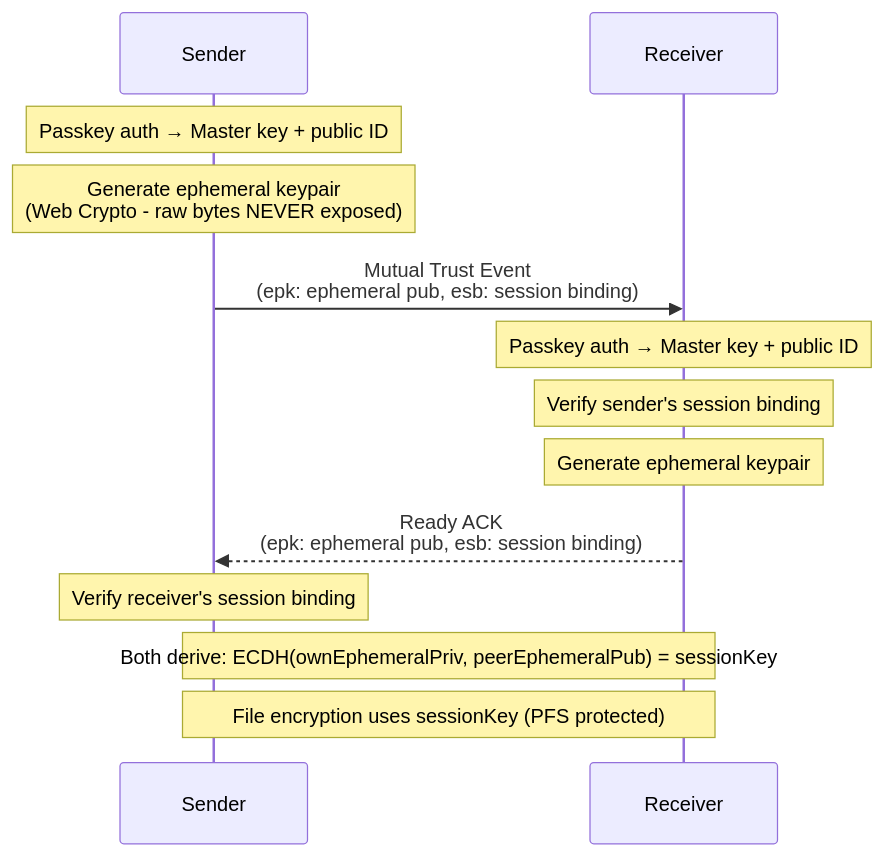
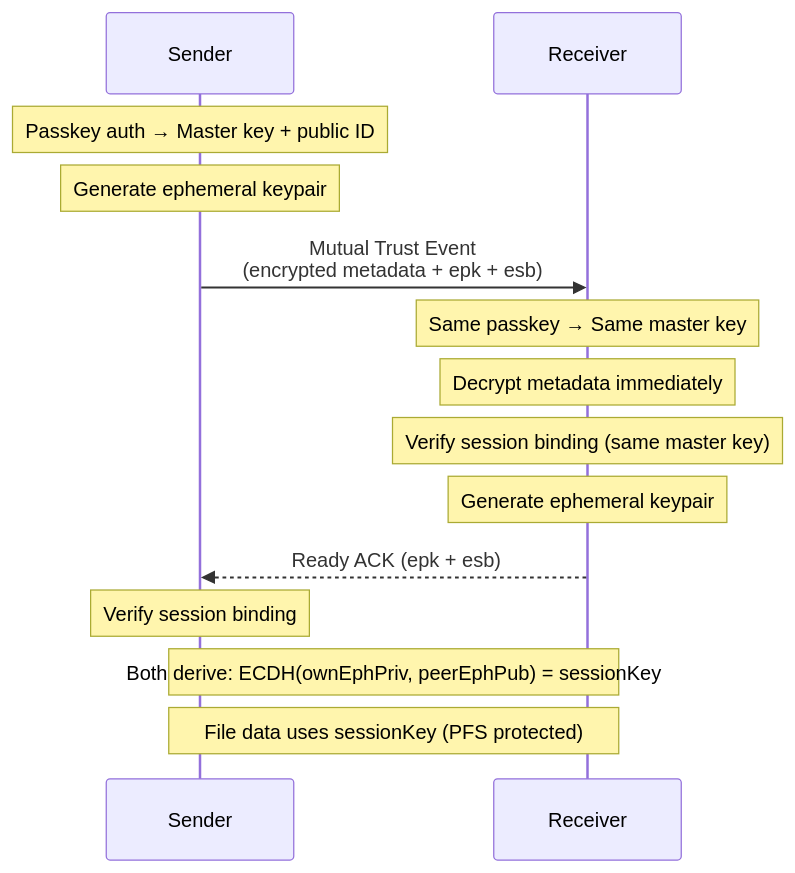
The sixth of 8 diagrams in docs/ARCHITECTURE.md (andrewtheguy/secure-send-web), drawn with Mermaid before and after one commit. The commit also changed other lines of this file, not shown here.

Commit message:
feat: enhance passkey mutual trust mode with optimized flows for self-transfer and cross-user transfers

````diff
--- a/docs/ARCHITECTURE.md
+++ b/docs/ARCHITECTURE.md
@@ -195,15 +199,16 @@
 ```mermaid
 sequenceDiagram
     participant Sender
     participant Receiver
     Note over Sender: Passkey auth → Master key + public ID
-    Note over Sender: Generate ephemeral keypair<br/>(Web Crypto - raw bytes NEVER exposed)
-    Sender->>Receiver: Mutual Trust Event<br/>(epk: ephemeral pub, esb: session binding)
-    Note over Receiver: Passkey auth → Master key + public ID
-    Note over Receiver: Verify sender's session binding
+    Note over Sender: Generate ephemeral keypair
+    Sender->>Receiver: Mutual Trust Event<br/>(encrypted metadata + epk + esb)
+    Note over Receiver: Same passkey → Same master key
+    Note over Receiver: Decrypt metadata immediately
+    Note over Receiver: Verify session binding (same master key)
     Note over Receiver: Generate ephemeral keypair
-    Receiver-->>Sender: Ready ACK<br/>(epk: ephemeral pub, esb: session binding)
-    Note over Sender: Verify receiver's session binding
-    Note over Sender,Receiver: Both derive: ECDH(ownEphemeralPriv, peerEphemeralPub) = sessionKey
-    Note over Sender,Receiver: File encryption uses sessionKey (PFS protected)
+    Receiver-->>Sender: Ready ACK (epk + esb)
+    Note over Sender: Verify session binding
+    Note over Sender,Receiver: Both derive: ECDH(ownEphPriv, peerEphPub) = sessionKey
+    Note over Sender,Receiver: File data uses sessionKey (PFS protected)
 ```
````
